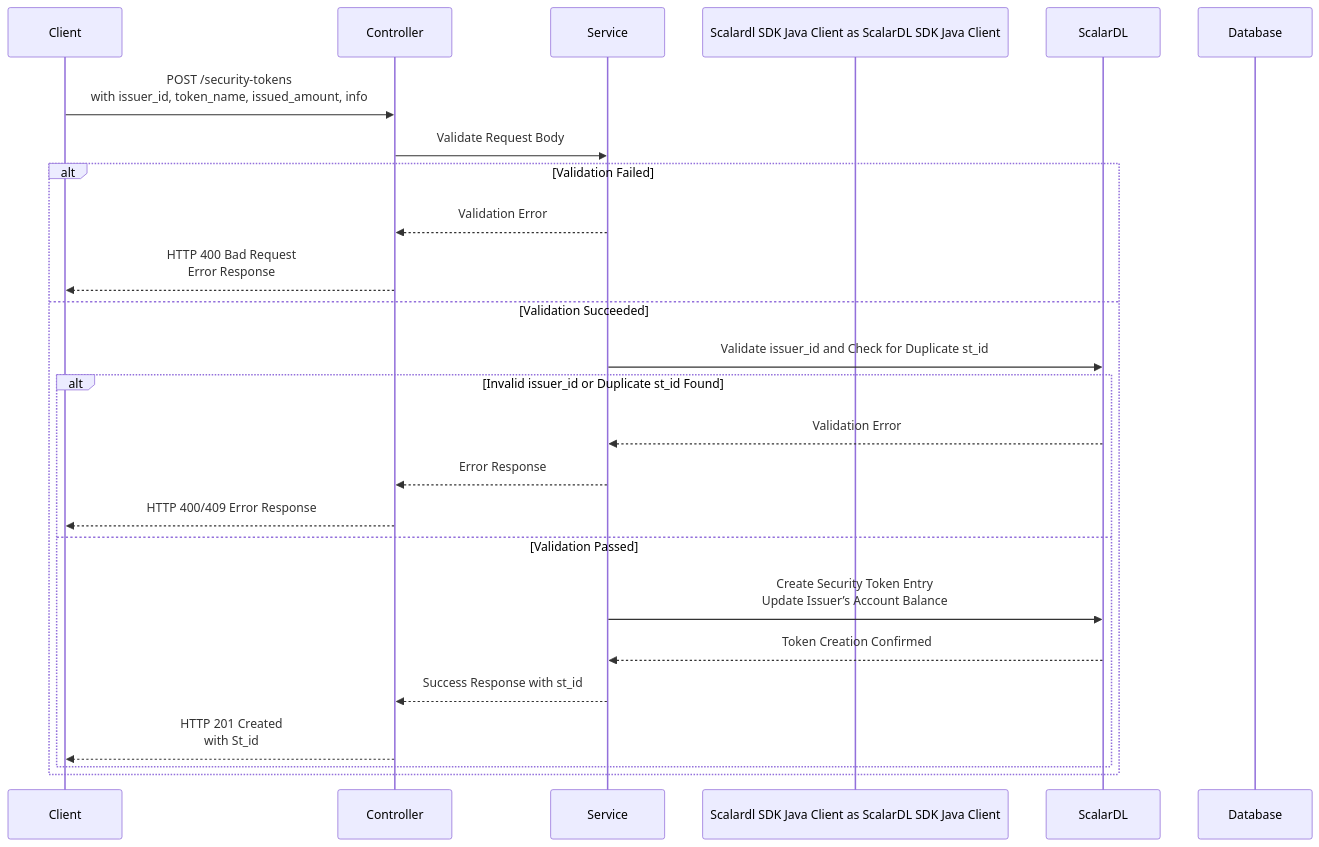
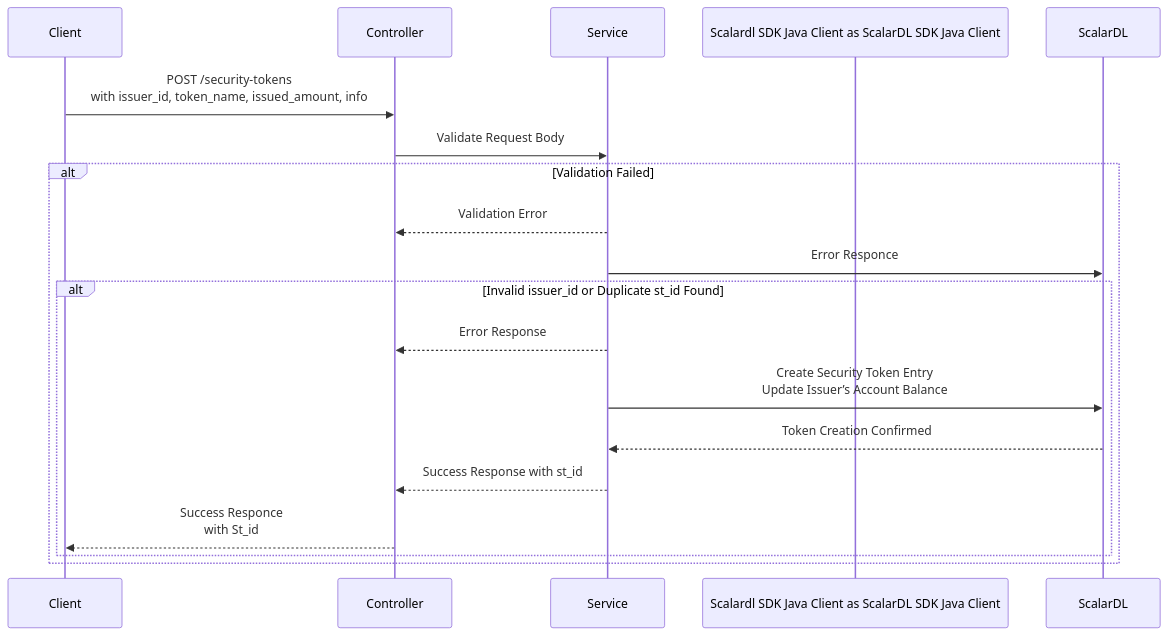
The diagram in new_create_security_token.md (MayuriSutar12/protocol_8_api_doc), drawn with Mermaid before and after one commit.

````diff
--- a/new_create_security_token.md
+++ b/new_create_security_token.md
@@ -2,28 +2,23 @@
 ```mermaid
 sequenceDiagram
     participant Client as Client
     participant Controller as Controller
     participant Service as Service
     participant Scalardl SDK Java Client as ScalarDL SDK Java Client 
     participant Scalardl as ScalarDL
-    participant Database as Database
+   
 
     Client ->> Controller: POST /security-tokens<br/>with issuer_id, token_name, issued_amount, info
     Controller ->> Service: Validate Request Body
     alt Validation Failed
         Service -->> Controller: Validation Error
-        Controller -->> Client: HTTP 400 Bad Request<br/>Error Response
-    else Validation Succeeded
-        Service ->> Scalardl: Validate issuer_id and Check for Duplicate st_id
+        Service ->> Scalardl:  Error Responce
         alt Invalid issuer_id or Duplicate st_id Found
-            Scalardl -->> Service: Validation Error
             Service -->> Controller: Error Response
-            Controller -->> Client: HTTP 400/409 Error Response
-        else Validation Passed
             Service ->> Scalardl: Create Security Token Entry<br/>Update Issuer’s Account Balance
             Scalardl -->> Service: Token Creation Confirmed
             Service -->> Controller: Success Response with st_id
-            Controller -->> Client: HTTP 201 Created<br/>with St_id
+            Controller -->> Client: Success Responce<br/>with St_id
         end
     end
 ```
````
